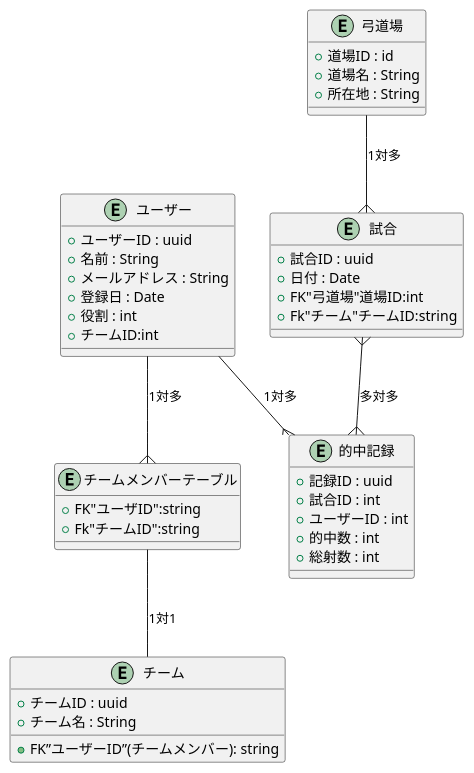
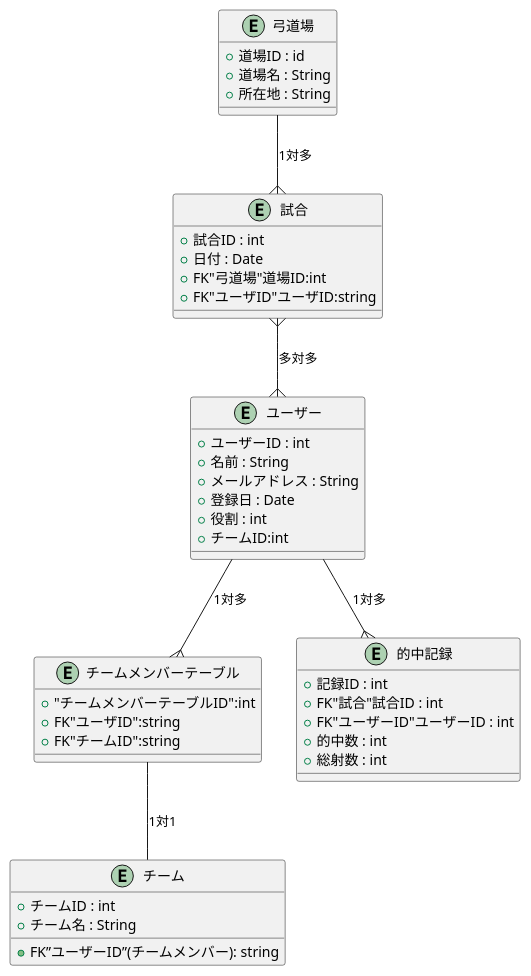
One commit to kotaro-sudo-ono/sample_app changed the diagram in aa.puml. Above: the diagram before and after it, drawn with PlantUML. The commit also changed 5 other files, not shown here.

```diff
--- a/aa.puml
+++ b/aa.puml
@@ -1,49 +1,50 @@
 @startuml
 entity "ユーザー" as user {
-    +ユーザーID : uuid
+    +ユーザーID : int
     +名前 : String
     +メールアドレス : String
     +登録日 : Date
     +役割 : int
     +チームID:int
     
 }
 
 entity "弓道場" as dojo {
     +道場ID : id
     +道場名 : String
     +所在地 : String
 }
 
 entity "試合" as match {
-    +試合ID : uuid
+    +試合ID : int
     +日付 : Date
     +FK"弓道場"道場ID:int
-    +Fk"チーム"チームID:string
+    +FK"ユーザID"ユーザID:string
 }
 
 entity "チームメンバーテーブル" as team_members{
+    +"チームメンバーテーブルID":int
     +FK"ユーザID":string
-    +Fk"チームID":string
+    +FK"チームID":string
 }
 
 entity "チーム" as team {
-    +チームID : uuid
+    +チームID : int
     +チーム名 : String
     +FK”ユーザーID”(チームメンバー): string
 }
 
 entity "的中記録" as score {
-    +記録ID : uuid
-    +試合ID : int
-    +ユーザーID : int
+    +記録ID : int
+    +FK"試合"試合ID : int
+    +FK"ユーザーID"ユーザーID : int
     +的中数 : int
     +総射数 : int
 }
 
 user --{ score : "1対多"  
-match }--{ score : "多対多"     
+match }--{ user : "多対多"     
 dojo --{ match : "1対多"  
 user --{ team_members :"1対多"
 team_members--team :"1対1"
 @enduml
```
